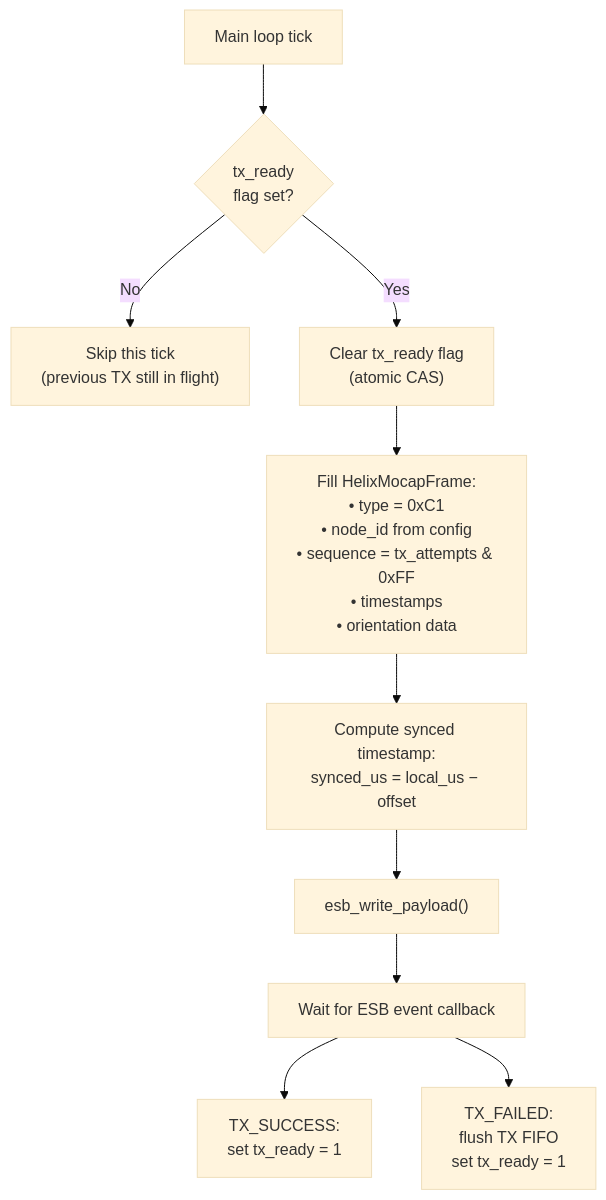
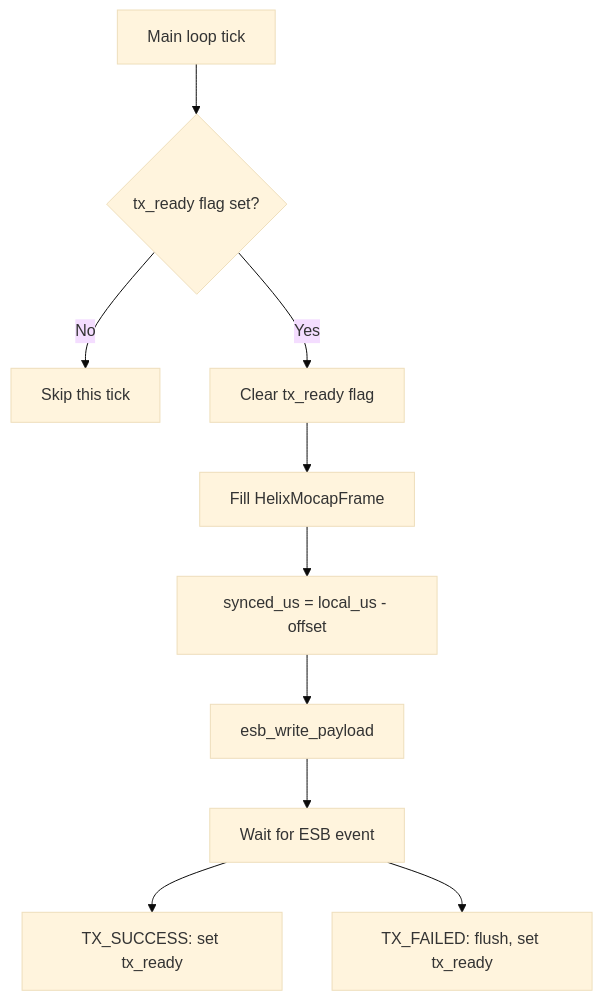
One commit to Mrunmoy/HelixDrift changed the sixth of 7 diagrams in docs/RF_PROTOCOL_REFERENCE.md. Above: the diagram before and after it, drawn with Mermaid (base theme). The commit also changed other lines of this file and 2 other files, not shown here.

First line of the commit message:
m8: defer InfoRsp until ESB stops, fix uploader serial params

````diff
--- a/docs/RF_PROTOCOL_REFERENCE.md
+++ b/docs/RF_PROTOCOL_REFERENCE.md
@@ -345,12 +320,12 @@
 ```mermaid
 flowchart TD
-    Start["Main loop tick"] --> Ready{"tx_ready<br/>flag set?"}
-    Ready -- No --> Skip["Skip this tick<br/>(previous TX still in flight)"]
-    Ready -- Yes --> Clear["Clear tx_ready flag<br/>(atomic CAS)"]
-    Clear --> Fill["Fill HelixMocapFrame:<br/>• type = 0xC1<br/>• node_id from config<br/>• sequence = tx_attempts & 0xFF<br/>• timestamps<br/>• orientation data"]
-    Fill --> Sync["Compute synced timestamp:<br/>synced_us = local_us − offset"]
-    Sync --> TX["esb_write_payload()"]
-    TX --> Wait["Wait for ESB event callback"]
-    Wait --> Success["TX_SUCCESS:<br/>set tx_ready = 1"]
-    Wait --> Fail["TX_FAILED:<br/>flush TX FIFO<br/>set tx_ready = 1"]
+    Start["Main loop tick"] --> Ready{"tx_ready flag set?"}
+    Ready -- No --> Skip["Skip this tick"]
+    Ready -- Yes --> Clear["Clear tx_ready flag"]
+    Clear --> Fill["Fill HelixMocapFrame"]
+    Fill --> Sync["synced_us = local_us - offset"]
+    Sync --> TX["esb_write_payload"]
+    TX --> Wait["Wait for ESB event"]
+    Wait --> Success["TX_SUCCESS: set tx_ready"]
+    Wait --> Fail["TX_FAILED: flush, set tx_ready"]
 ```
````
